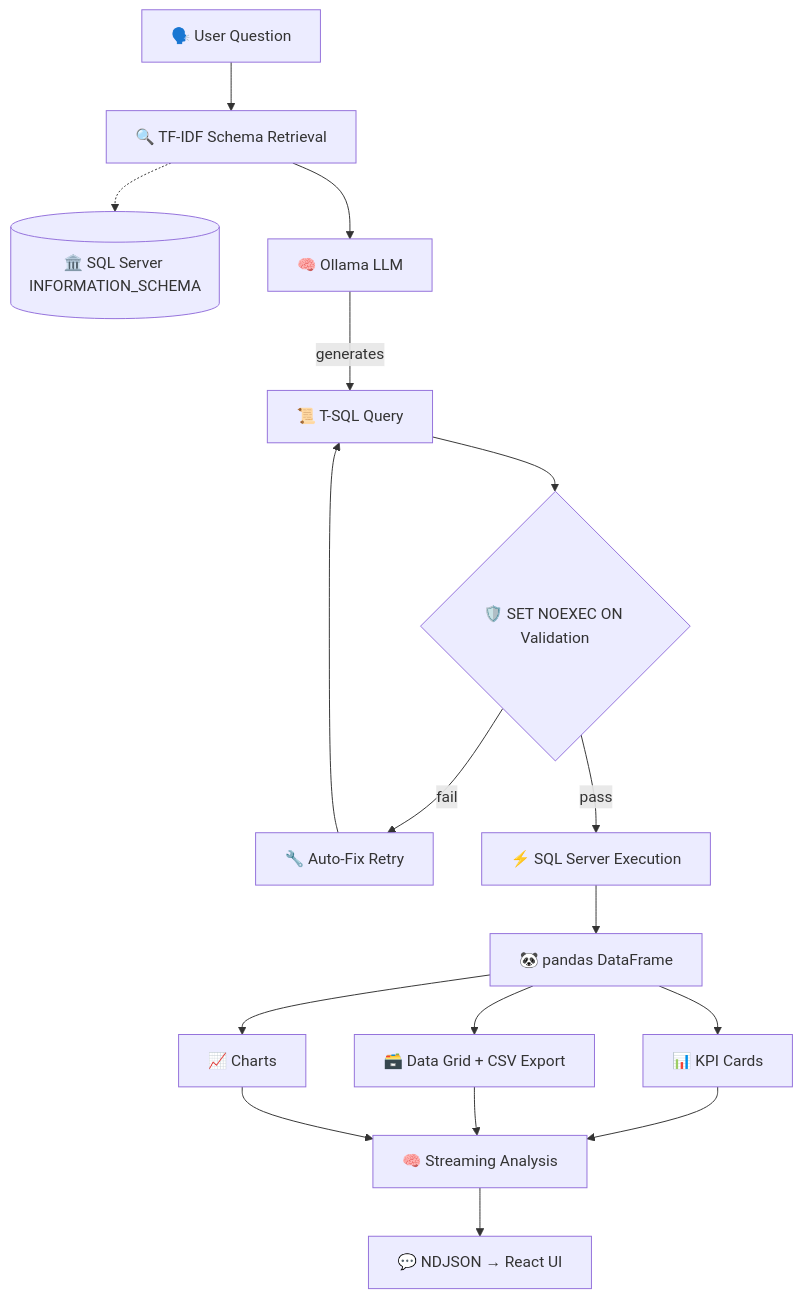
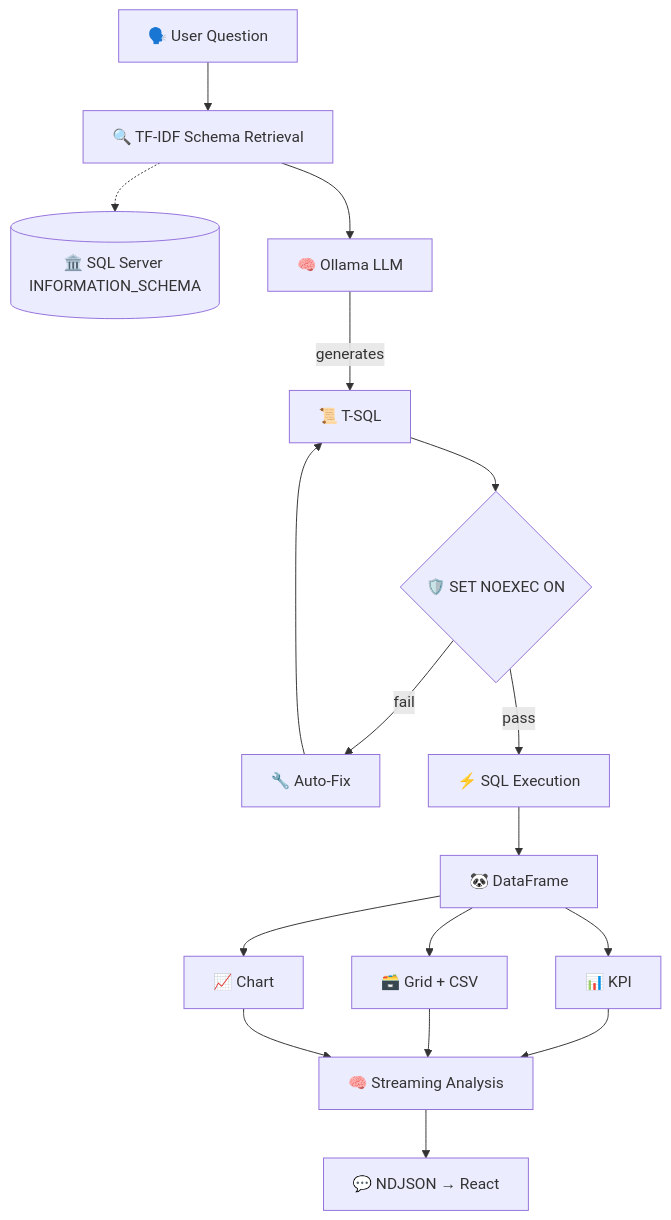
Before and after one commit to AvinavKhadka/gawain-engine: the diagram in README.md, drawn with Mermaid. The commit also changed other lines of this file and 5 other files, not shown here.

````diff
--- a/README.md
+++ b/README.md
@@ -18,17 +62,17 @@
 ```mermaid
 flowchart TD
     A[🗣️ User Question] --> B[🔍 TF-IDF Schema Retrieval]
     B -.-> C[(🏛️ SQL Server INFORMATION_SCHEMA)]
     B --> D[🧠 Ollama LLM]
-    D -- generates --> E[📜 T-SQL Query]
-    E --> F{🛡️ SET NOEXEC ON Validation}
-    F -- fail --> G[🔧 Auto-Fix Retry]
+    D -- generates --> E[📜 T-SQL]
+    E --> F{🛡️ SET NOEXEC ON}
+    F -- fail --> G[🔧 Auto-Fix]
     G --> E
-    F -- pass --> H[⚡ SQL Server Execution]
-    H --> I[🐼 pandas DataFrame]
-    I --> J[📊 KPI Cards]
-    I --> K[🗃️ Data Grid + CSV Export]
-    I --> L[📈 Charts]
+    F -- pass --> H[⚡ SQL Execution]
+    H --> I[🐼 DataFrame]
+    I --> J[📊 KPI]
+    I --> K[🗃️ Grid + CSV]
+    I --> L[📈 Chart]
     J & K & L --> M[🧠 Streaming Analysis]
-    M --> N[💬 NDJSON → React UI]
+    M --> N[💬 NDJSON → React]
 ```
````
